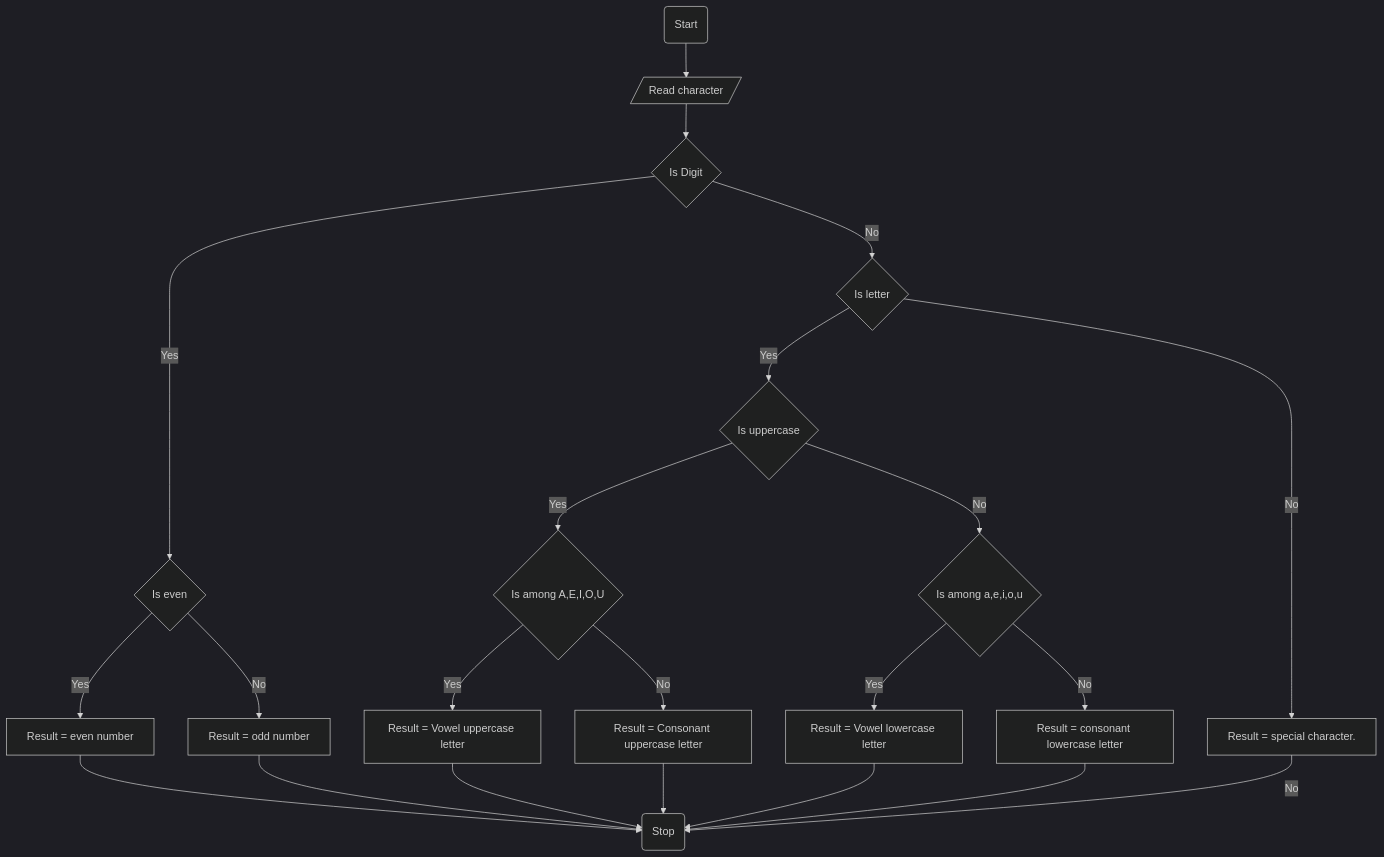
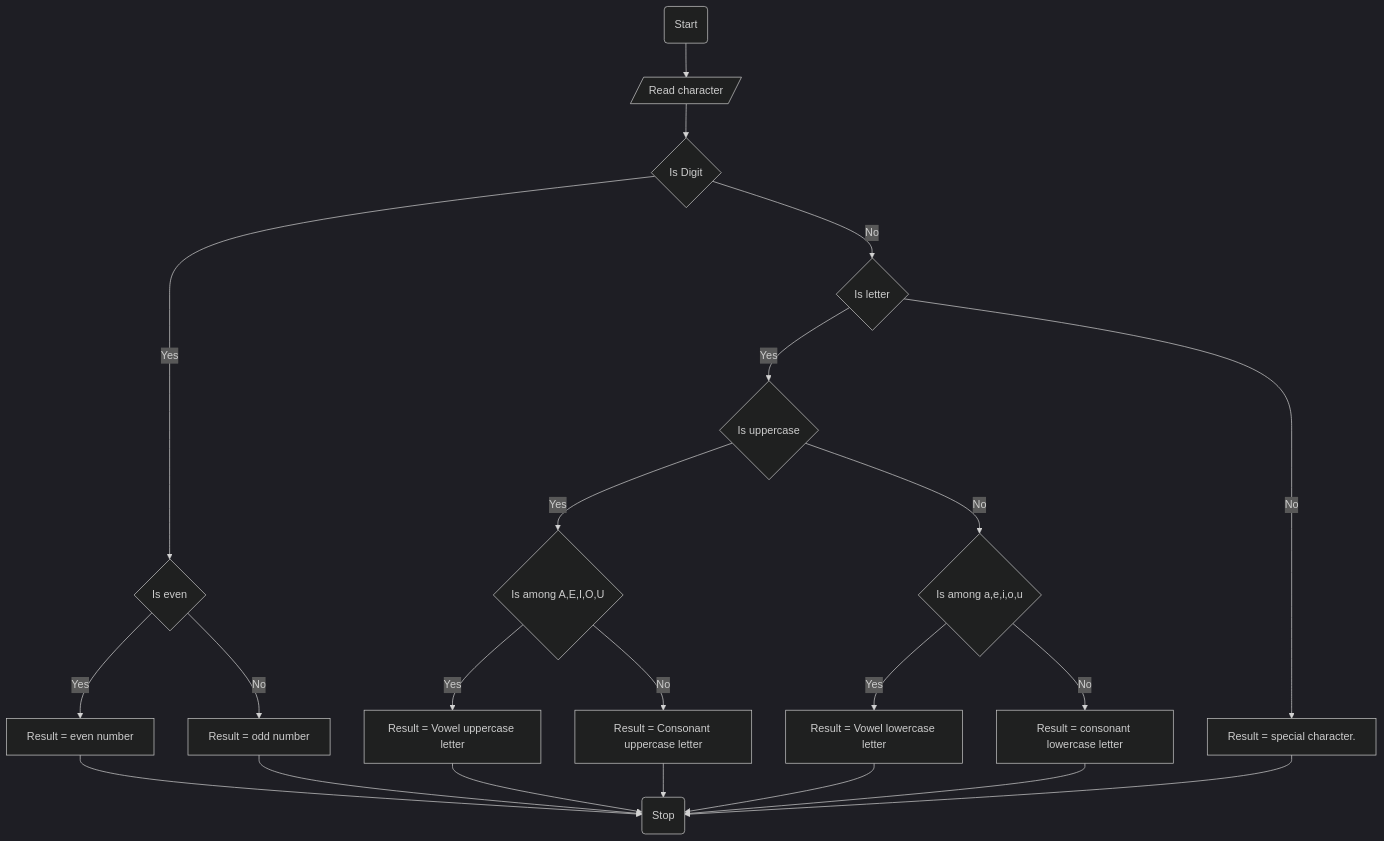
The diagram in ETS1351_15_Yabets_Maregn/symbol_checker/flowchart.md (SWEG-2015EC-Batch/Code-Warrior), drawn with Mermaid (dark theme) before and after one commit.

````diff
--- a/ETS1351_15_Yabets_Maregn/symbol_checker/flowchart.md
+++ b/ETS1351_15_Yabets_Maregn/symbol_checker/flowchart.md
@@ -1,24 +1,24 @@
 ```mermaid
 graph TD
 A(Start) --> B[/Read character/]
 B --> C{Is Digit}
 C -- Yes --> D{Is even}
 D -- Yes --> E[Result = even number]
 D -- No --> F[Result = odd number]
 C -- No --> G{Is letter}
 G -- Yes --> H{Is uppercase}
 H -- Yes --> I{Is among A,E,I,O,U}
 I -- Yes -->J[Result = Vowel uppercase letter]
 I -- No --> K[Result = Consonant uppercase letter]
 H -- No --> L{Is among a,e,i,o,u}
 L -- Yes --> M[Result = Vowel lowercase letter]
 L -- No --> N[Result = consonant lowercase letter]
 G -- No --> O[Result = special character.]
-O -- No --> Q(Stop)
+O --> Q(Stop)
 E --> Q(Stop)
 F --> Q(Stop)
 J --> Q(Stop)
 K --> Q(Stop)
 M --> Q(Stop)
 N --> Q(Stop)
 ``` 
````
